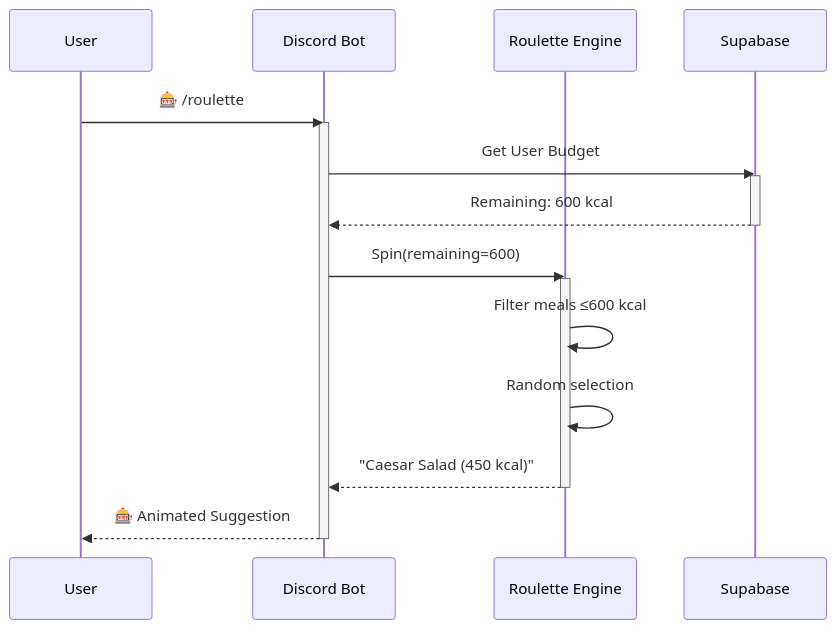
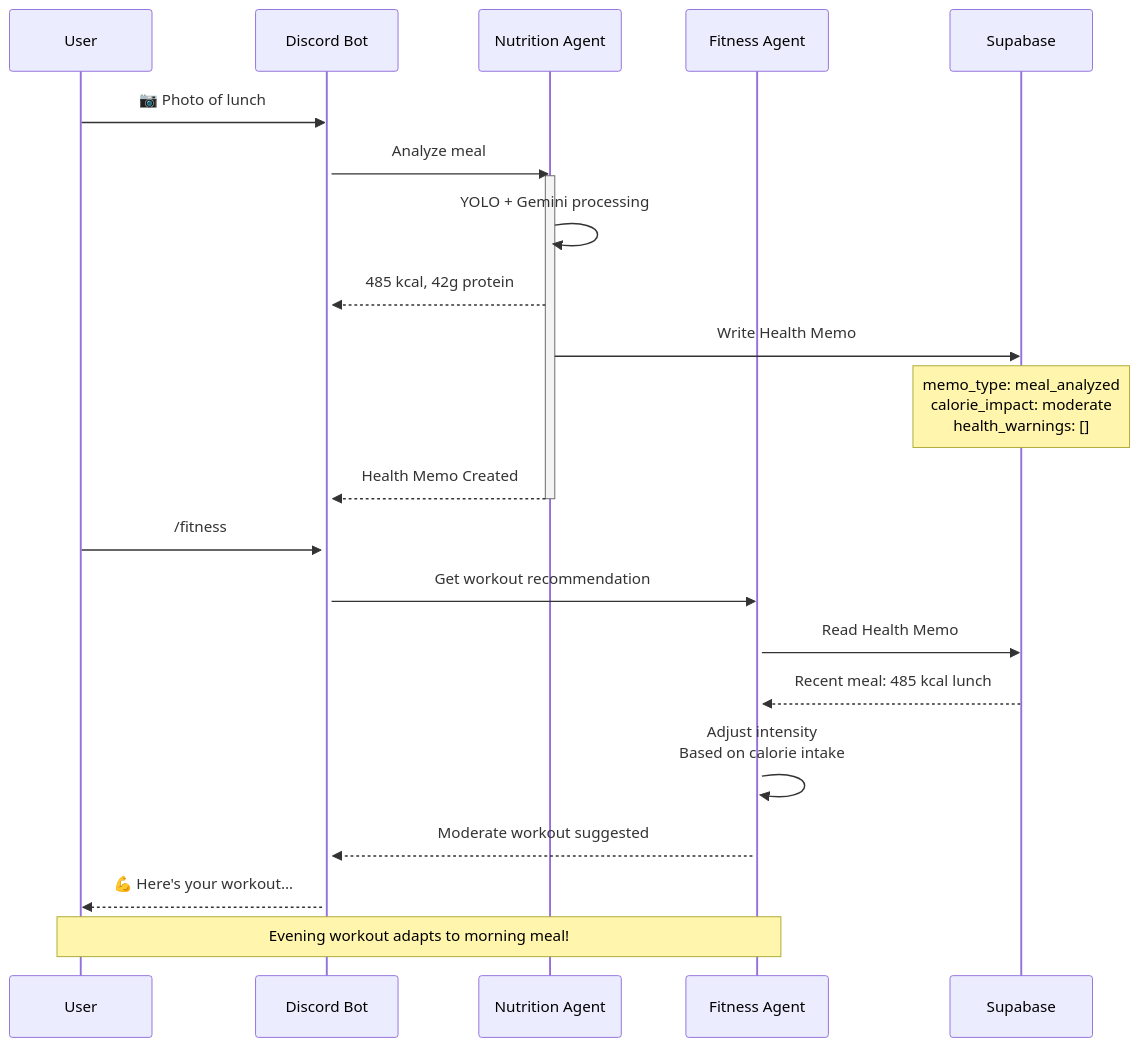
Before and after one commit to kevinhust/AIG200Capstone: the fourth of 8 diagrams in docs/architecture/context/diagrams.md, drawn with Mermaid. The commit also changed other lines of this file and 2 other files, not shown here.

First line of the commit message:
docs: update Command Registry and architecture diagrams to match actual implementation

````diff
--- a/docs/architecture/context/diagrams.md
+++ b/docs/architecture/context/diagrams.md
@@ -173,26 +166,35 @@
 ```mermaid
 sequenceDiagram
     participant User
     participant Bot as Discord Bot
-    participant Roulette as Roulette Engine
+    participant Nutrition as Nutrition Agent
+    participant Fitness as Fitness Agent
     participant Supabase
 
-    User->>Bot: 🎰 /roulette
+    User->>Bot: 📷 Photo of lunch
     activate Bot
 
-    Bot->>Supabase: Get User Budget
-    activate Supabase
-    Supabase-->>Bot: Remaining: 600 kcal
-    deactivate Supabase
+    Bot->>Nutrition: Analyze meal
+    activate Nutrition
 
-    Bot->>Roulette: Spin(remaining=600)
-    activate Roulette
+    Nutrition->>Nutrition: YOLO + Gemini processing
+    Nutrition-->>Bot: 485 kcal, 42g protein
+    Nutrition->>Supabase: Write Health Memo
+    Note over Supabase: memo_type: meal_analyzed<br/>calorie_impact: moderate<br/>health_warnings: []
 
-    Roulette->>Roulette: Filter meals ≤600 kcal
-    Roulette->>Roulette: Random selection
-    Roulette-->>Bot: "Caesar Salad (450 kcal)"
+    Nutrition-->>Bot: Health Memo Created
+    deactivate Nutrition
 
-    deactivate Roulette
-    Bot-->>User: 🎰 Animated Suggestion
-    deactivate Bot
+    User->>Bot: /fitness
+    Bot->>Fitness: Get workout recommendation
+    activate Fitness
+
+    Fitness->>Supabase: Read Health Memo
+    Supabase-->>Fitness: Recent meal: 485 kcal lunch
+    Fitness->>Fitness: Adjust intensity<br/>Based on calorie intake
+
+    Fitness-->>Bot: Moderate workout suggested
+    Bot-->>User: 💪 Here's your workout...
+
+    Note over User, Fitness: Evening workout adapts to morning meal!
 ```
````
